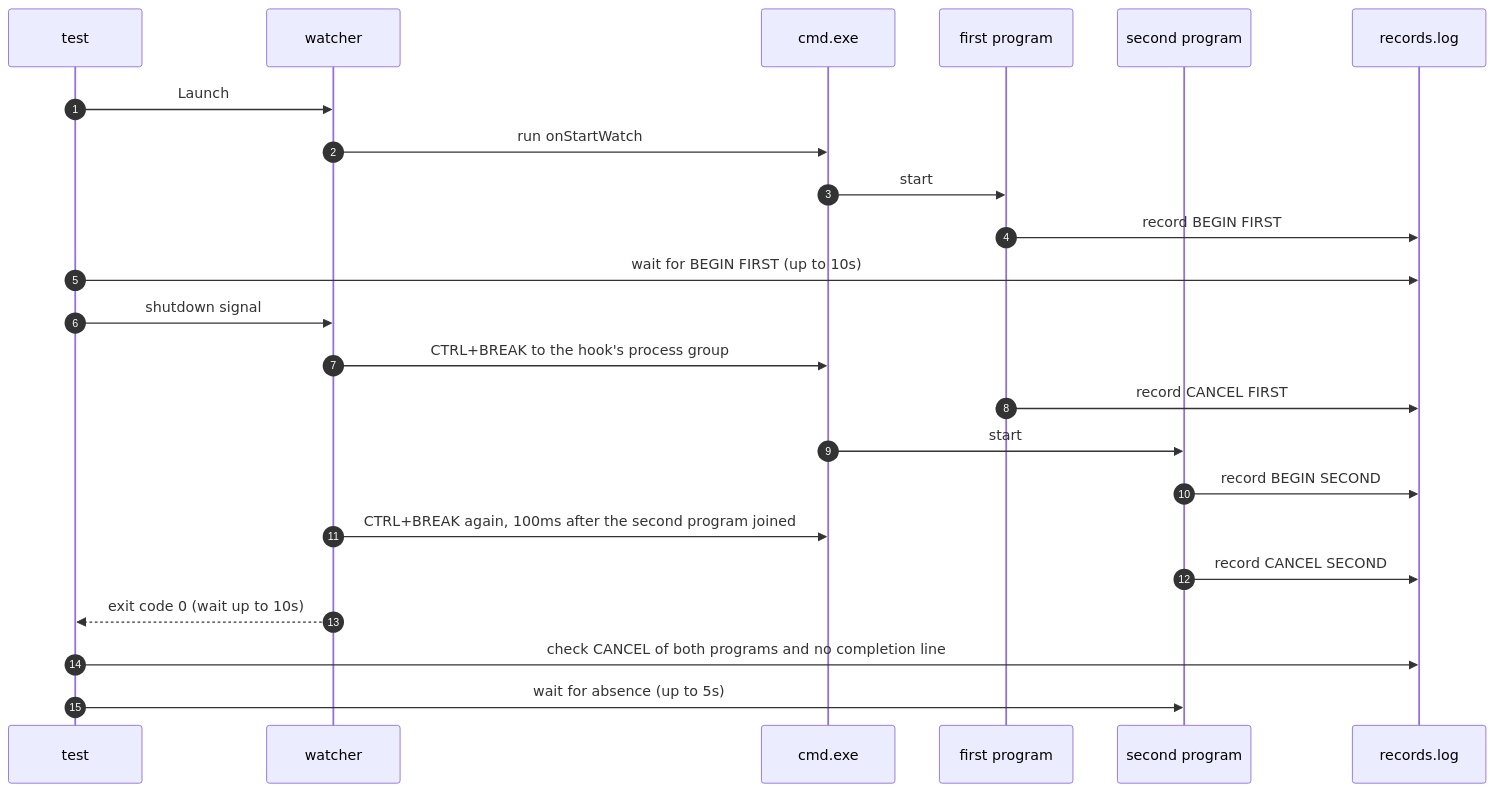
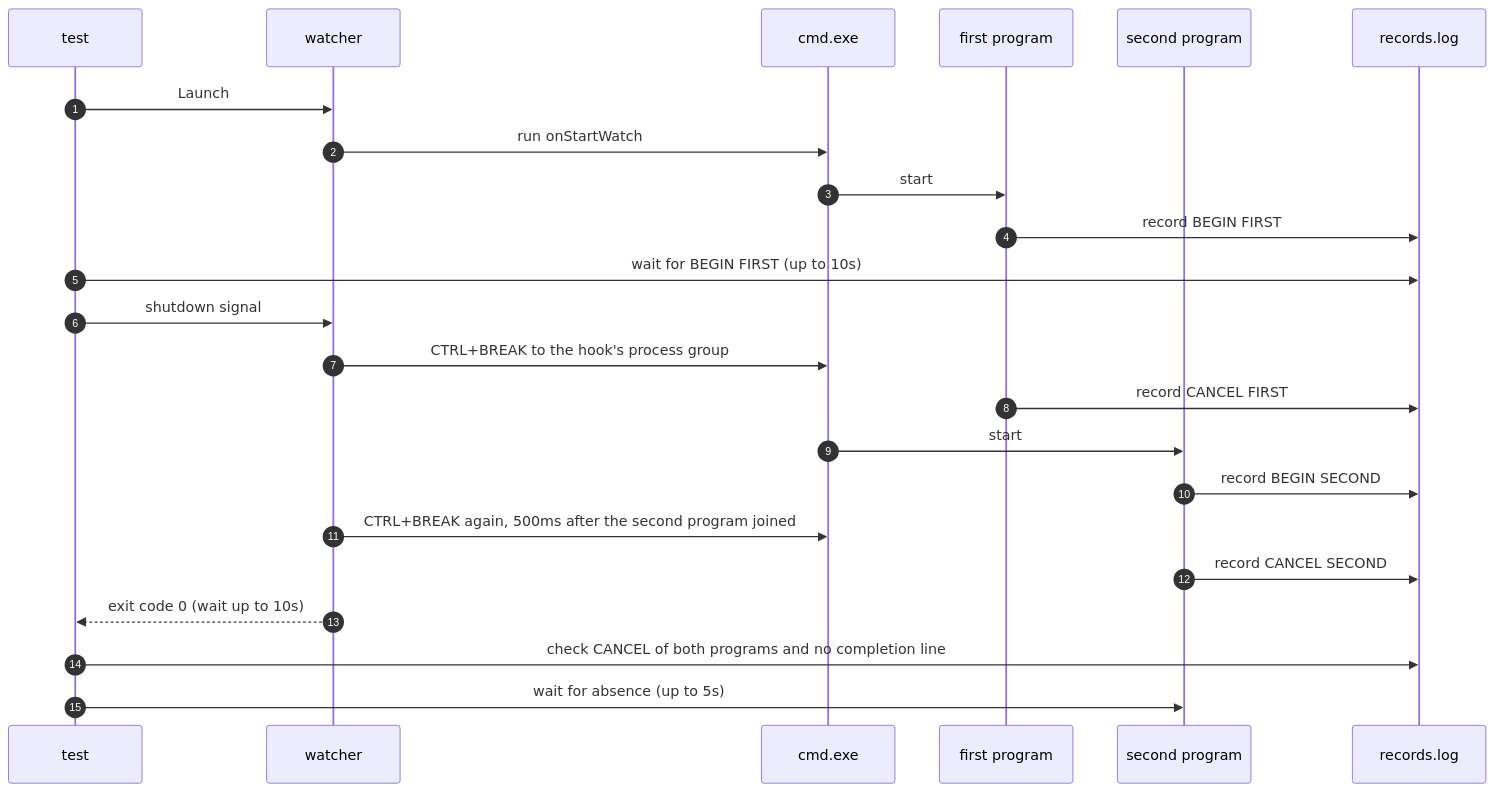
One commit to seungyeop-lee/directory-watcher changed the diagram in e2e/docs/scenarios/canceled-command-list-stops-next-program.md. Above: the diagram before and after it, drawn with Mermaid. The commit also changed 4 other files, not shown here.

````diff
--- a/e2e/docs/scenarios/canceled-command-list-stops-next-program.md
+++ b/e2e/docs/scenarios/canceled-command-list-stops-next-program.md
@@ -35,25 +35,25 @@
 ```mermaid
 sequenceDiagram
     autonumber
     participant testCode as test
     participant watcherProc as watcher
     participant shell as cmd.exe
     participant first as first program
     participant second as second program
     participant recordFile as records.log
     testCode->>watcherProc: Launch
     watcherProc->>shell: run onStartWatch
     shell->>first: start
     first->>recordFile: record BEGIN FIRST
     testCode->>recordFile: wait for BEGIN FIRST (up to 10s)
     testCode->>watcherProc: shutdown signal
     watcherProc->>shell: CTRL+BREAK to the hook's process group
     first->>recordFile: record CANCEL FIRST
     shell->>second: start
     second->>recordFile: record BEGIN SECOND
-    watcherProc->>shell: CTRL+BREAK again, 100ms after the second program joined
+    watcherProc->>shell: CTRL+BREAK again, 500ms after the second program joined
     second->>recordFile: record CANCEL SECOND
     watcherProc-->>testCode: exit code 0 (wait up to 10s)
     testCode->>recordFile: check CANCEL of both programs and no completion line
     testCode->>second: wait for absence (up to 5s)
 ```
````
